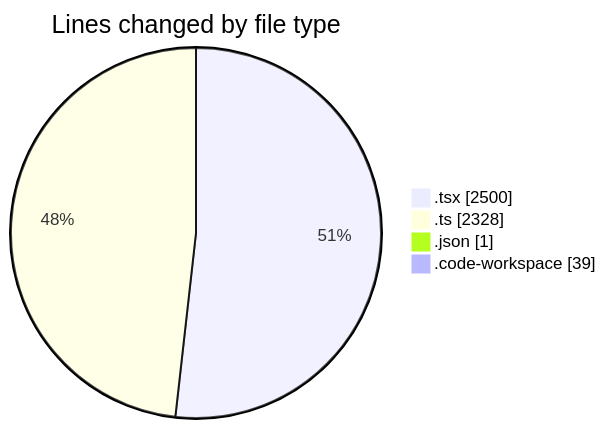
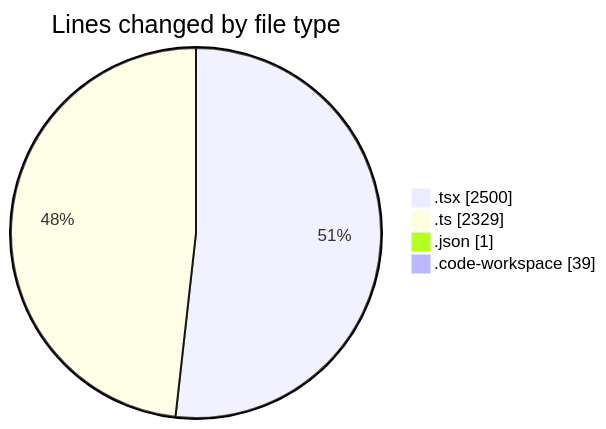
Before and after one commit to julien-gomy/code-tracking: the first of 2 diagrams in 2025-10-08/eventscop-frontend-guide__workspace_/README.md, drawn with Mermaid. The commit also changed other lines of this file and 1 other file, not shown here.

````diff
--- a/2025-10-08/eventscop-frontend-guide__workspace_/README.md
+++ b/2025-10-08/eventscop-frontend-guide__workspace_/README.md
@@ -38,8 +38,8 @@
 ```mermaid
 pie showData
 title Lines changed by file type
 ".tsx" : 2500
-".ts" : 2328
+".ts" : 2329
 ".json" : 1
 ".code-workspace" : 39
 ```
````
